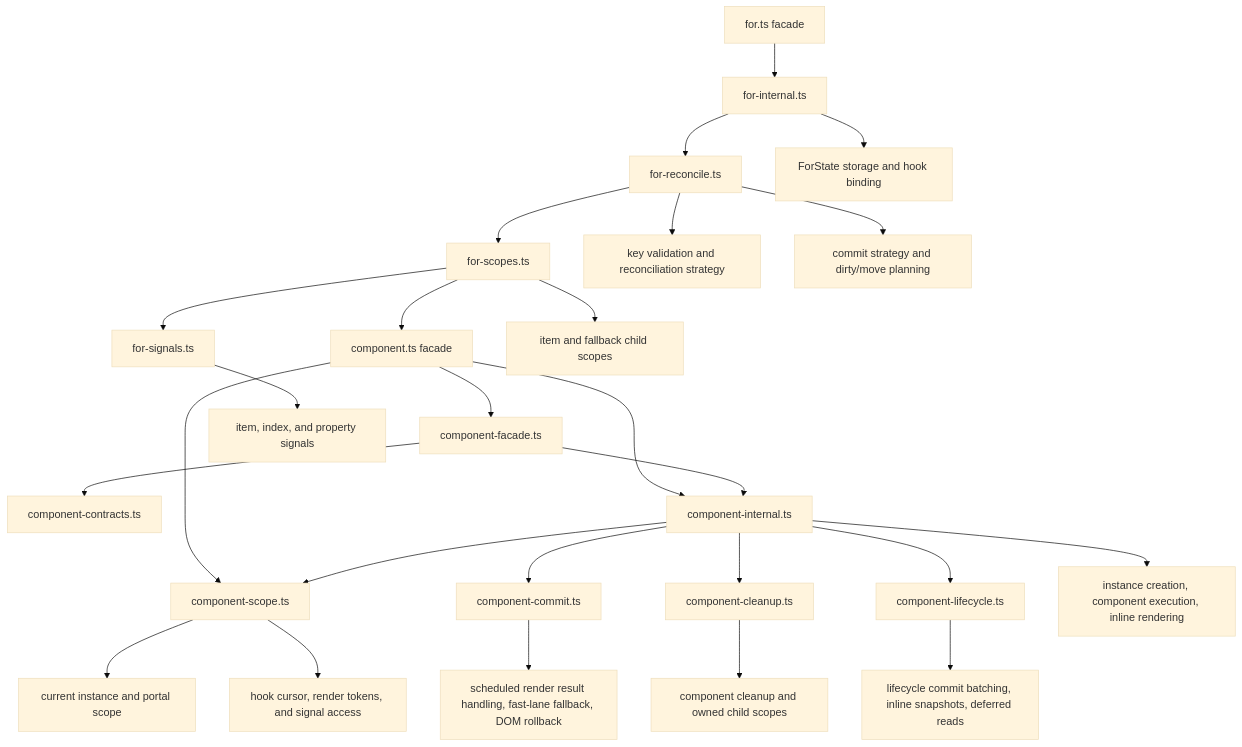
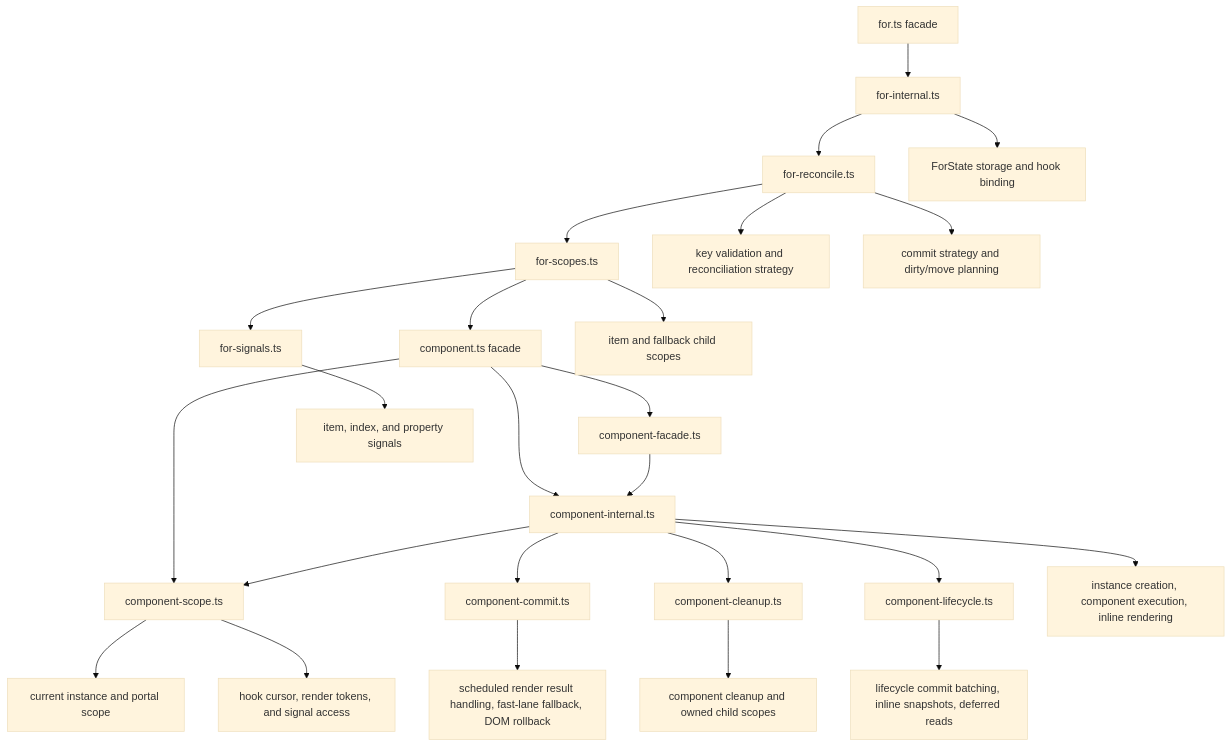
The third of 7 diagrams in docs/internals/runtime-reactivity.md (askrjs/askr), drawn with Mermaid (base theme) before and after one commit. The commit also changed other lines of this file and 40 other files, not shown here.

````diff
--- a/docs/internals/runtime-reactivity.md
+++ b/docs/internals/runtime-reactivity.md
@@ -82,54 +82,52 @@
 ```mermaid
 flowchart TB
   componentFacade[component.ts facade]
   componentInternalFacade[component-facade.ts]
-  componentContracts[component-contracts.ts]
   componentCore[component-internal.ts]
   componentCleanup[component-cleanup.ts]
   componentScope[component-scope.ts]
   componentCommit[component-commit.ts]
   componentLifecycle[component-lifecycle.ts]
   current[current instance and portal scope]
   renderScope[hook cursor, render tokens, and signal access]
   scheduledCommit[scheduled render result handling, fast-lane fallback, DOM rollback]
   lifecycle[lifecycle commit batching, inline snapshots, deferred reads]
   render[instance creation, component execution, inline rendering]
   cleanup[component cleanup and owned child scopes]
 
   forFacade[for.ts facade]
   forCore[for-internal.ts]
   forReconcile[for-reconcile.ts]
   forScopes[for-scopes.ts]
   forSignals[for-signals.ts]
   forState[ForState storage and hook binding]
   itemSignals[item, index, and property signals]
   reconcile[key validation and reconciliation strategy]
   commitPlanning[commit strategy and dirty/move planning]
   scopeOwnership[item and fallback child scopes]
 
   componentFacade --> componentCore
   componentFacade --> componentInternalFacade
-  componentInternalFacade --> componentContracts
   componentInternalFacade --> componentCore
   componentFacade --> componentScope
   componentCore --> componentScope
   componentCore --> componentCommit
   componentCore --> componentCleanup
   componentScope --> current
   componentScope --> renderScope
   componentCore --> componentLifecycle
   componentCommit --> scheduledCommit
   componentLifecycle --> lifecycle
   componentCore --> render
   componentCleanup --> cleanup
   forFacade --> forCore
   forCore --> forState
   forCore --> forReconcile
   forReconcile --> reconcile
   forReconcile --> commitPlanning
   forReconcile --> forScopes
   forScopes --> forSignals
   forSignals --> itemSignals
   forScopes --> scopeOwnership
   forScopes --> componentFacade
 ```
````
